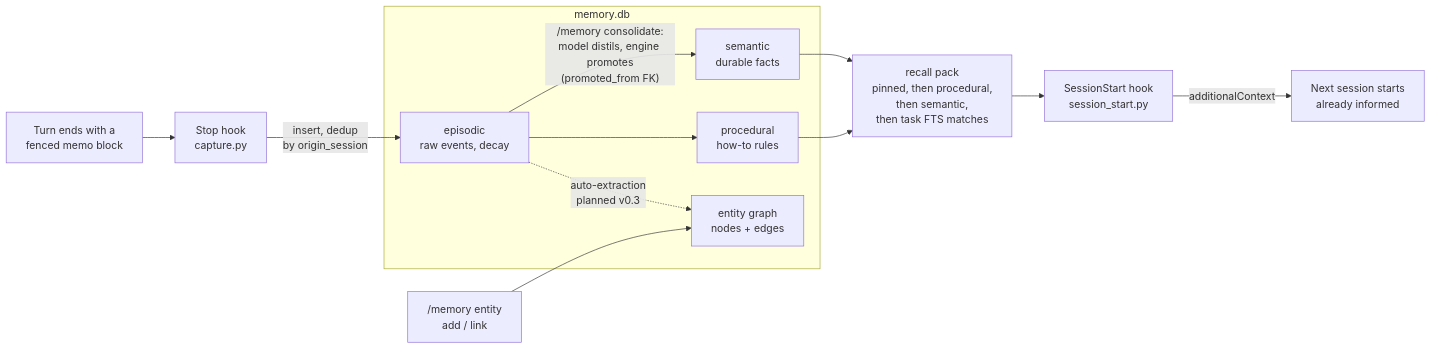
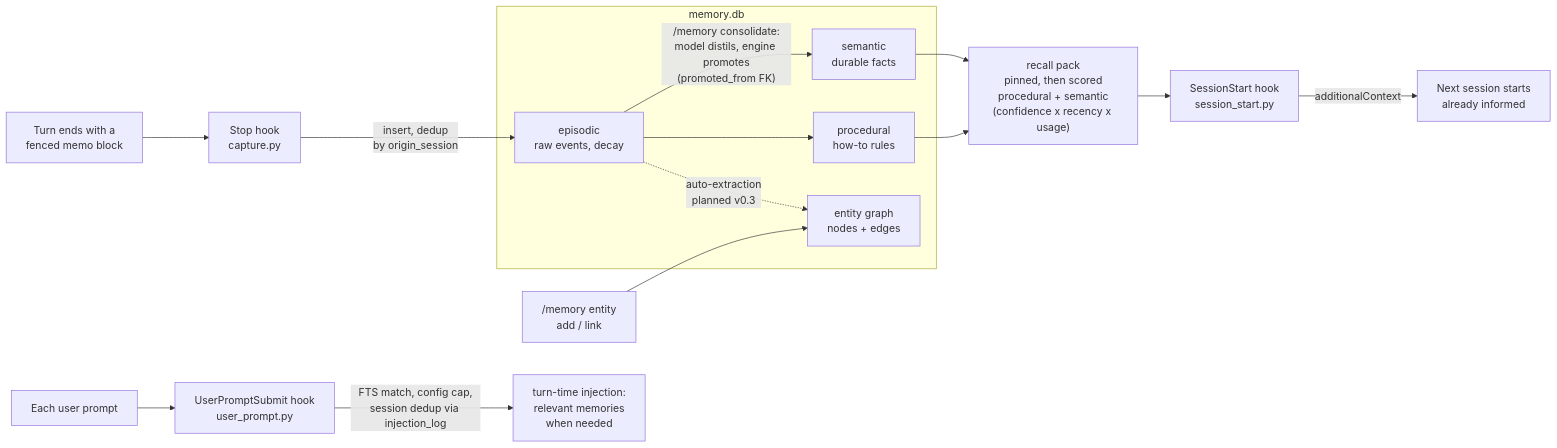
One commit to ddmsolutions/ai-memory changed the first of 2 diagrams in docs/architecture.md. Above: the diagram before and after it, drawn with Mermaid. The commit also changed 8 other files, not shown here.

First line of the commit message:
feat: turn-time recall via UserPromptSubmit + scored pack ordering (closes #7)

````diff
--- a/docs/architecture.md
+++ b/docs/architecture.md
@@ -14,22 +14,24 @@
 ```mermaid
 flowchart LR
     memo["Turn ends with a<br/>fenced memo block"] --> stop["Stop hook<br/>capture.py"]
     stop -->|"insert, dedup<br/>by origin_session"| epi
 
     subgraph db["memory.db"]
         epi["episodic<br/>raw events, decay"]
         sem["semantic<br/>durable facts"]
         proc["procedural<br/>how-to rules"]
         kg["entity graph<br/>nodes + edges"]
     end
 
     epi -->|"/memory consolidate:<br/>model distils, engine promotes<br/>(promoted_from FK)"| sem
     epi --> proc
     cli["/memory entity<br/>add / link"] --> kg
     epi -.->|"auto-extraction<br/>planned v0.3"| kg
 
-    sem --> pack["recall pack<br/>pinned, then procedural,<br/>then semantic,<br/>then task FTS matches"]
+    sem --> pack["recall pack<br/>pinned, then scored<br/>procedural + semantic<br/>(confidence x recency x usage)"]
     proc --> pack
     pack --> ss["SessionStart hook<br/>session_start.py"]
     ss -->|additionalContext| next["Next session starts<br/>already informed"]
+    prompt["Each user prompt"] --> up["UserPromptSubmit hook<br/>user_prompt.py"]
+    up -->|"FTS match, config cap,<br/>session dedup via injection_log"| turn["turn-time injection:<br/>relevant memories<br/>when needed"]
 ```
````
